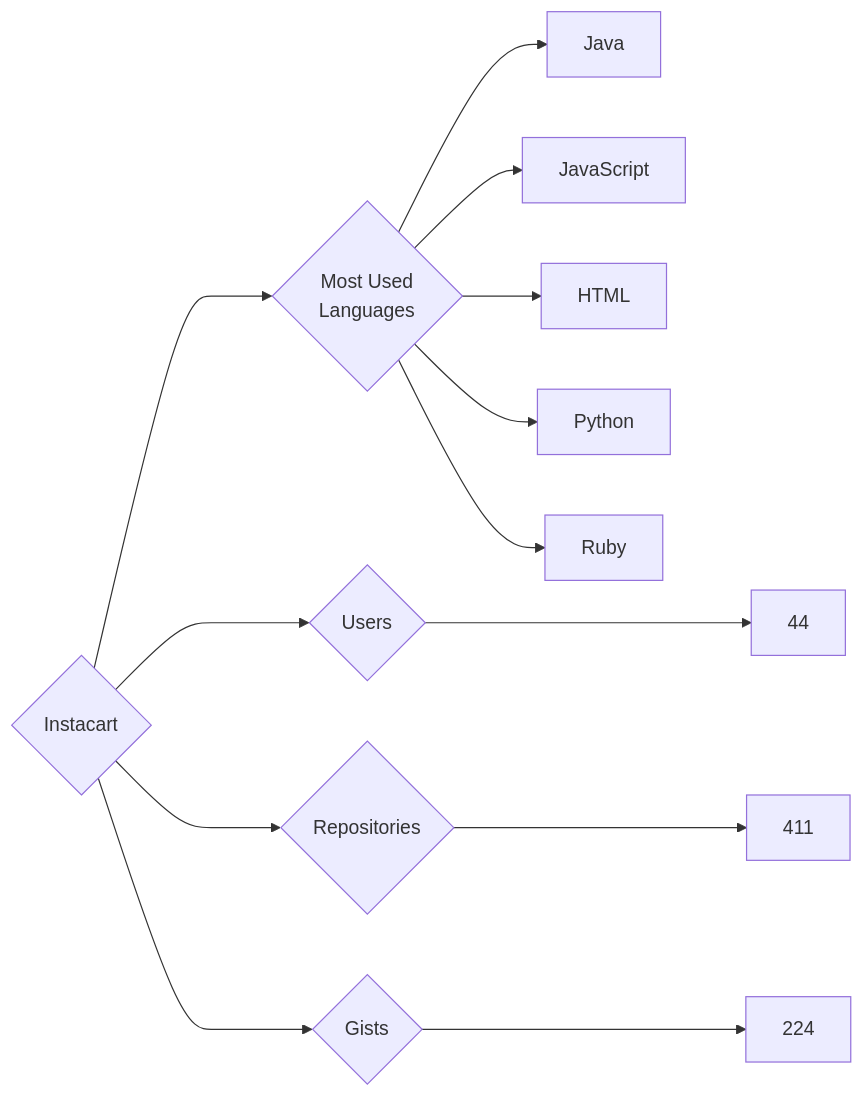
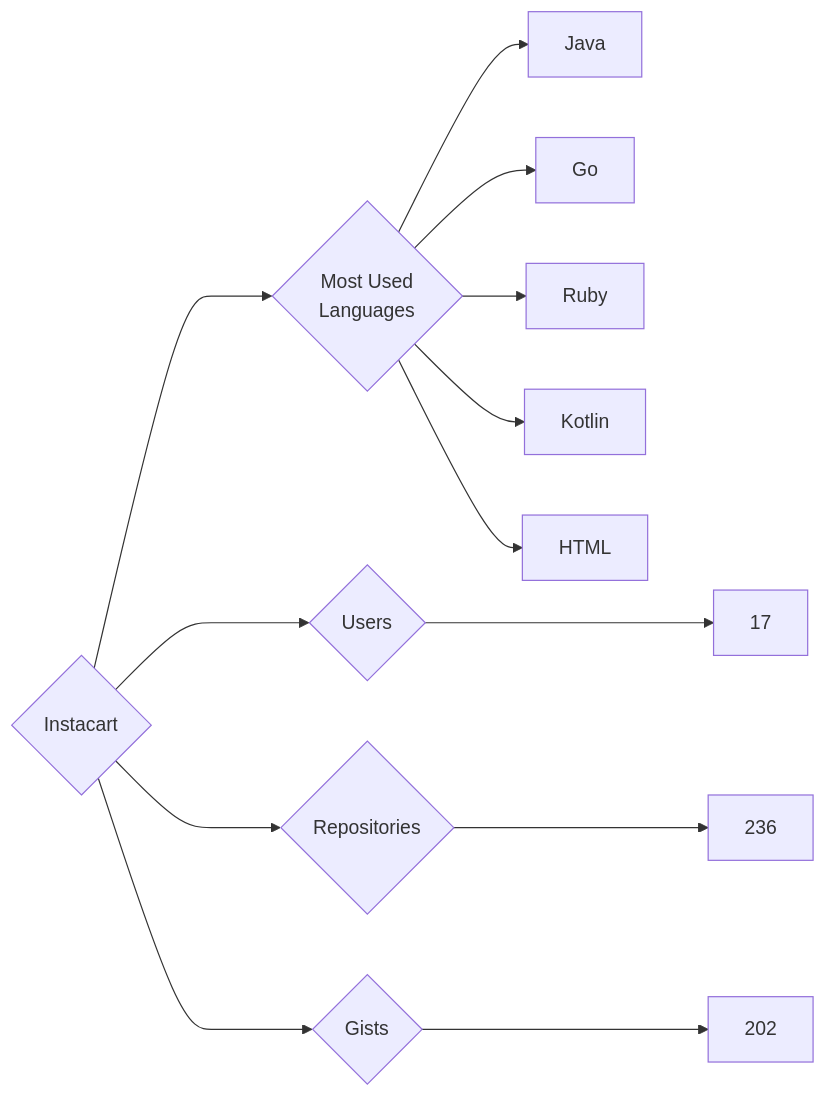
The diagram in targets/Instacart/README.md (trickest/insiders), drawn with Mermaid before and after one commit. The commit also changed 951 other files, not shown here.

````diff
--- a/targets/Instacart/README.md
+++ b/targets/Instacart/README.md
@@ -3,13 +3,13 @@
 ```mermaid
 graph LR
 COMPANY_NAME{Instacart}
-COMPANY_NAME ---> U{Users} ---> UN[44]
-COMPANY_NAME ---> R{Repositories} ---> RN[411]
-COMPANY_NAME ---> G{Gists} ---> GN[224]
+COMPANY_NAME ---> U{Users} ---> UN[17]
+COMPANY_NAME ---> R{Repositories} ---> RN[236]
+COMPANY_NAME ---> G{Gists} ---> GN[202]
 COMPANY_NAME ---> ML{Most Used<br>Languages}
 ML --> Java[Java]
-ML --> JavaScript[JavaScript]
+ML --> Go[Go]
+ML --> Ruby[Ruby]
+ML --> Kotlin[Kotlin]
 ML --> HTML[HTML]
-ML --> Python[Python]
-ML --> Ruby[Ruby]
 ```
````
